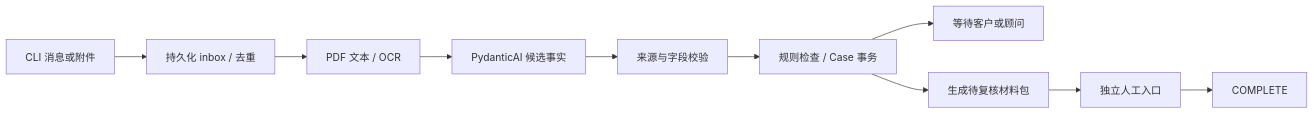
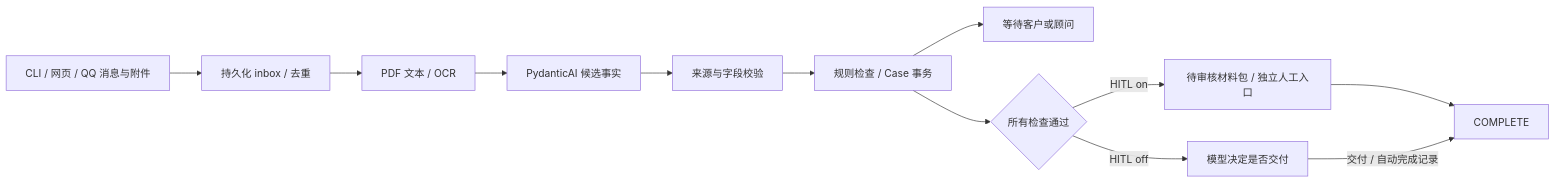
The diagram in docs/implementation.md (Sanssssssssssssssss/Visa-Agent), drawn with Mermaid before and after one commit. The commit also changed other lines of this file and 18 other files, not shown here.

Commit message:
Connect QQ open email intake and verify real Chinese mail flow

````diff
--- a/docs/implementation.md
+++ b/docs/implementation.md
@@ -9,12 +9,14 @@
 ```mermaid
 flowchart LR
-  A[CLI 消息或附件] --> B[持久化 inbox / 去重]
+  A[CLI / 网页 / QQ 消息与附件] --> B[持久化 inbox / 去重]
   B --> C[PDF 文本 / OCR]
   C --> D[PydanticAI 候选事实]
   D --> E[来源与字段校验]
   E --> F[规则检查 / Case 事务]
   F --> G[等待客户或顾问]
-  F --> H[生成待复核材料包]
-  H --> I[独立人工入口]
+  F --> H{所有检查通过}
+  H -->|HITL on| I[待审核材料包 / 独立人工入口]
   I --> J[COMPLETE]
+  H -->|HITL off| K[模型决定是否交付]
+  K -->|交付 / 自动完成记录| J
 ```
````
